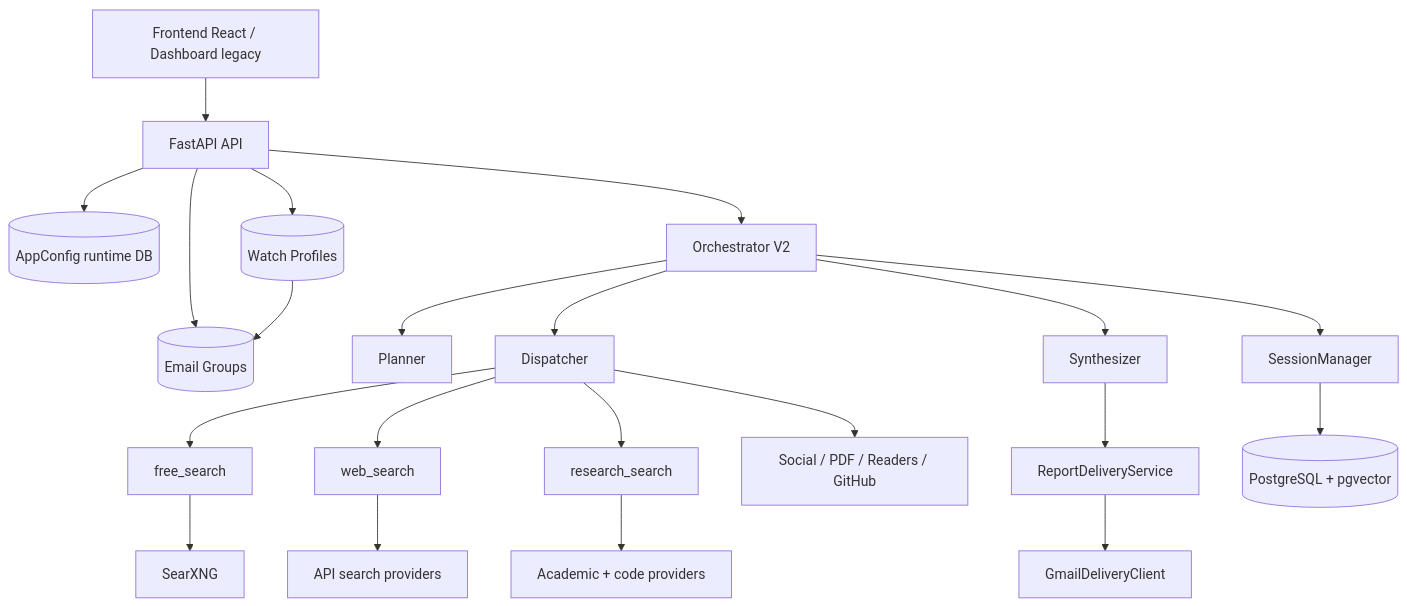
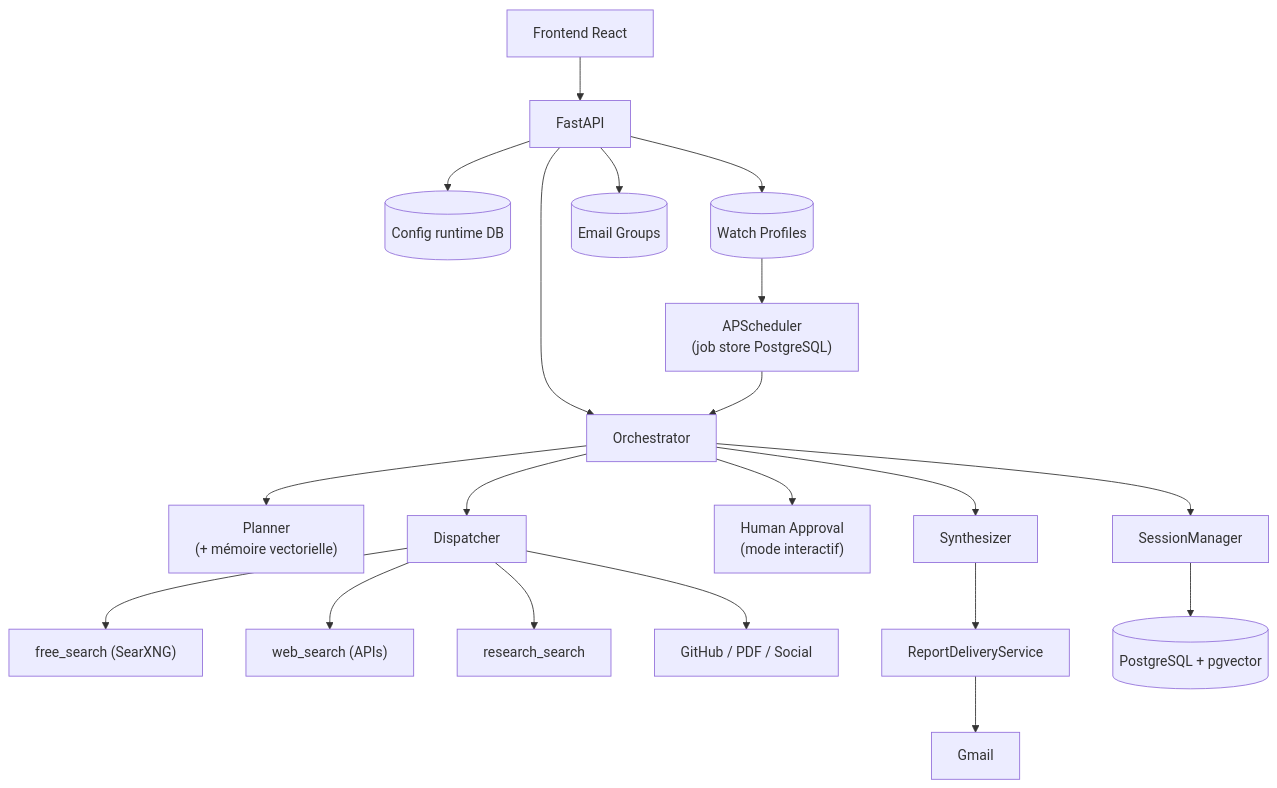
One commit to EngineerProjects/tech-watch-agent changed the diagram in README.md. Above: the diagram before and after it, drawn with Mermaid. The commit also changed other lines of this file, not shown here.

````diff
--- a/README.md
+++ b/README.md
@@ -174,29 +163,28 @@
 ```mermaid
 flowchart TD
-    UI["Frontend React / Dashboard legacy"] --> API["FastAPI API"]
+    UI["Frontend React"] --> API["FastAPI"]
 
-    API --> CFG[("AppConfig runtime DB")]
+    API --> CFG[("Config runtime DB")]
     API --> P[("Watch Profiles")]
     API --> G[("Email Groups")]
-    API --> ORCH["Orchestrator V2"]
+    API --> ORCH["Orchestrator"]
 
-    ORCH --> PLAN["Planner"]
+    ORCH --> PLAN["Planner\n(+ mémoire vectorielle)"]
     ORCH --> DISP["Dispatcher"]
+    ORCH --> APPR["Human Approval\n(mode interactif)"]
+    ORCH --> SYN["Synthesizer"]
 
-    DISP --> FREE["free_search"]
-    DISP --> WEB["web_search"]
+    DISP --> FREE["free_search (SearXNG)"]
+    DISP --> WEB["web_search (APIs)"]
     DISP --> RS["research_search"]
-    DISP --> TOOLS["Social / PDF / Readers / GitHub"]
+    DISP --> TOOLS["GitHub / PDF / Social"]
 
-    ORCH --> SYN["Synthesizer"]
     SYN --> DELIV["ReportDeliveryService"]
-    DELIV --> GMAIL["GmailDeliveryClient"]
+    DELIV --> GMAIL["Gmail"]
 
     ORCH --> SM["SessionManager"]
     SM --> DB[("PostgreSQL + pgvector")]
 
-    P --> G
-    FREE --> SX["SearXNG"]
-    WEB --> APIS["API search providers"]
-    RS --> ACAD["Academic + code providers"]
+    P --> SCHED["APScheduler\n(job store PostgreSQL)"]
+    SCHED --> ORCH
 ```
````
